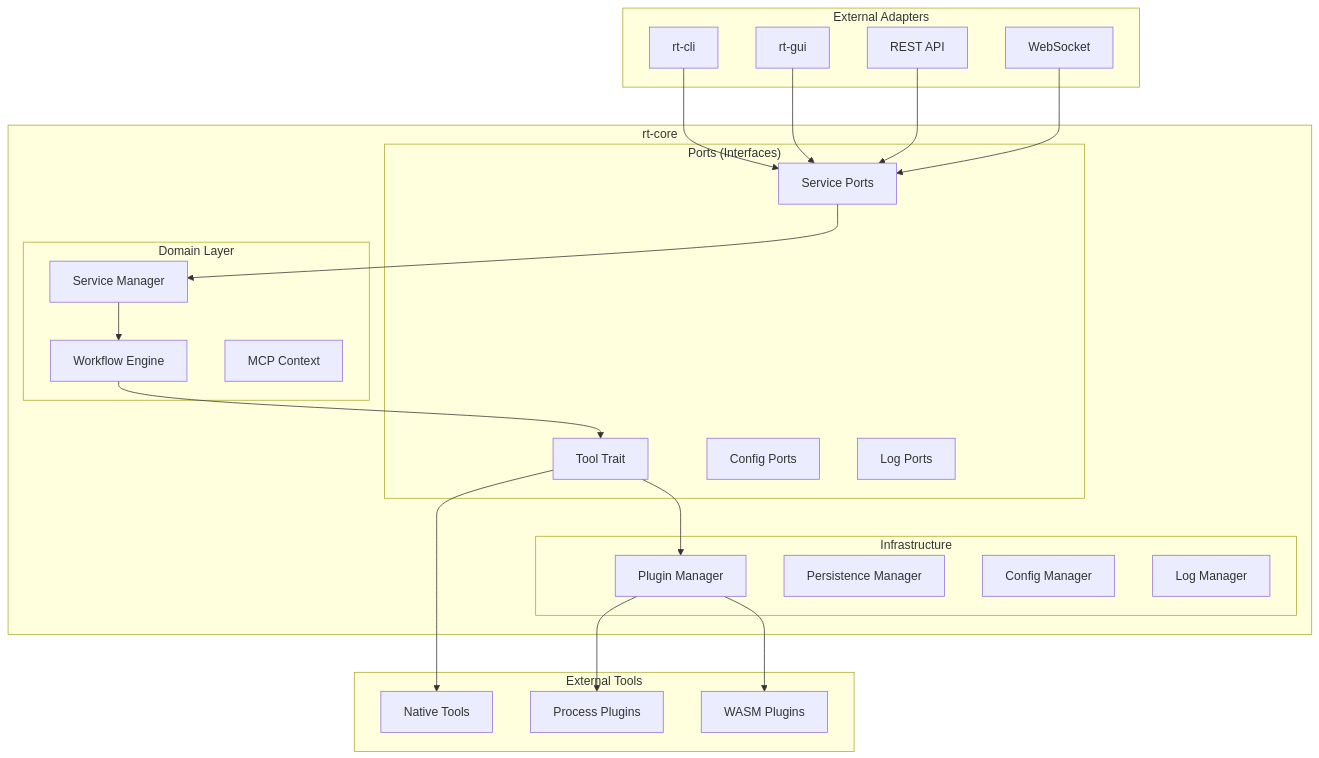
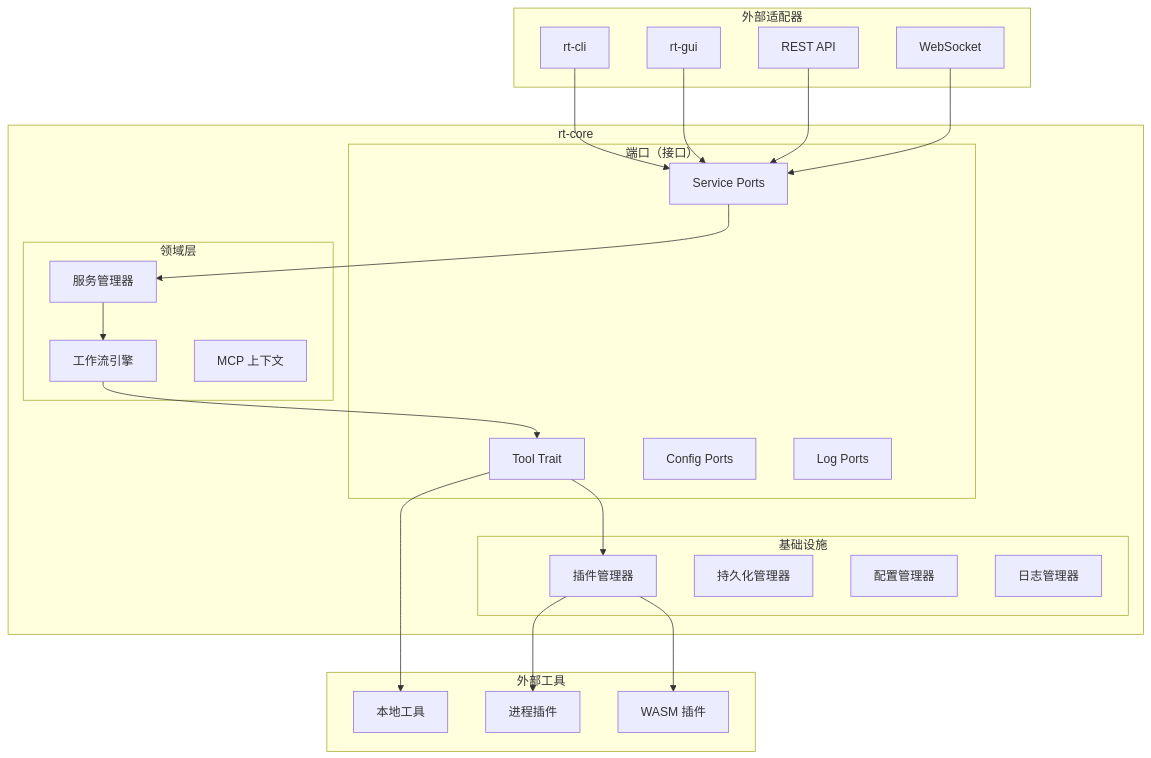
Before and after one commit to luckyMUMU/rust-toolbox: the diagram in rt-core/DESIGN.md, drawn with Mermaid. The commit also changed other lines of this file and 14 other files, not shown here.

````diff
--- a/rt-core/DESIGN.md
+++ b/rt-core/DESIGN.md
@@ -24,51 +25,51 @@
 ```mermaid
 graph TB
-    subgraph "External Adapters"
+    subgraph "外部适配器"
         CLI[rt-cli]
         GUI[rt-gui]
         REST[REST API]
         WS[WebSocket]
     end
     
     subgraph "rt-core"
-        subgraph "Ports (Interfaces)"
+        subgraph "端口（接口）"
             ToolPort[Tool Trait]
             ServicePort[Service Ports]
             ConfigPort[Config Ports]
             LogPort[Log Ports]
         end
         
-        subgraph "Domain Layer"
-            Engine[Workflow Engine]
-            Context[MCP Context]
-            Manager[Service Manager]
+        subgraph "领域层"
+            Engine[工作流引擎]
+            Context[MCP 上下文]
+            Manager[服务管理器]
         end
         
-        subgraph "Infrastructure"
-            PluginMgr[Plugin Manager]
-            PersistMgr[Persistence Manager]
-            ConfigMgr[Config Manager]
-            LogMgr[Log Manager]
+        subgraph "基础设施"
+            PluginMgr[插件管理器]
+            PersistMgr[持久化管理器]
+            ConfigMgr[配置管理器]
+            LogMgr[日志管理器]
         end
     end
     
-    subgraph "External Tools"
-        Native[Native Tools]
-        Process[Process Plugins]
-        WASM[WASM Plugins]
+    subgraph "外部工具"
+        Native[本地工具]
+        Process[进程插件]
+        WASM[WASM 插件]
     end
     
     CLI --> ServicePort
     GUI --> ServicePort
     REST --> ServicePort
     WS --> ServicePort
     
     ServicePort --> Manager
     Manager --> Engine
     Engine --> ToolPort
     
     ToolPort --> Native
     ToolPort --> PluginMgr
     PluginMgr --> Process
     PluginMgr --> WASM
 ```
````
